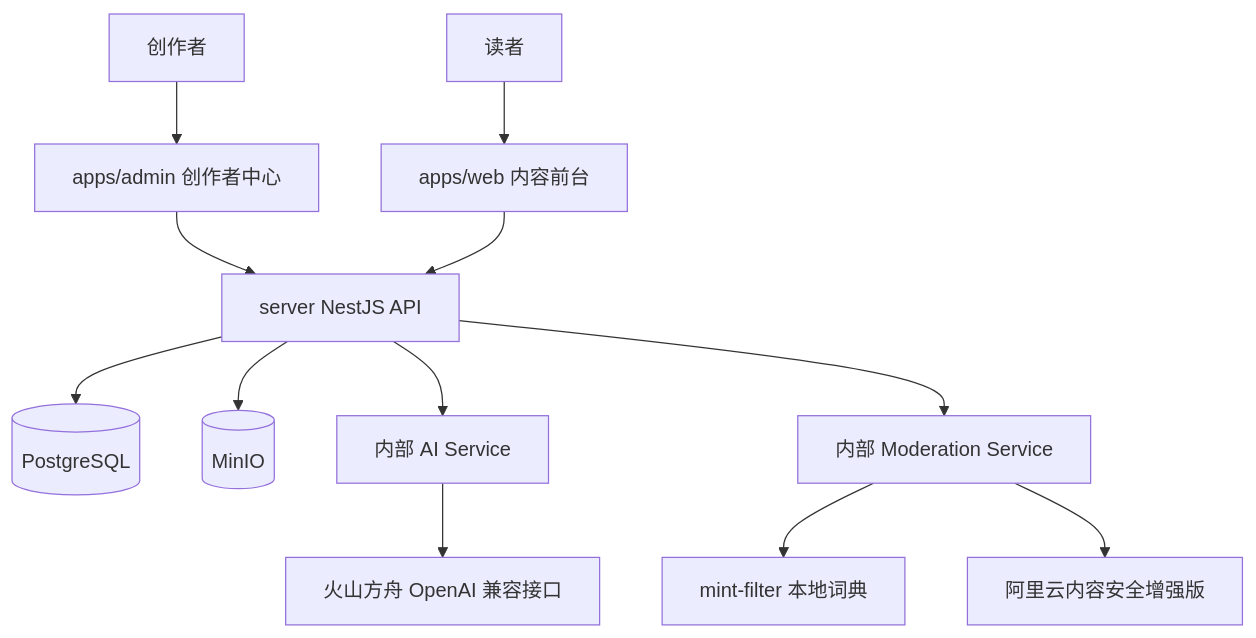
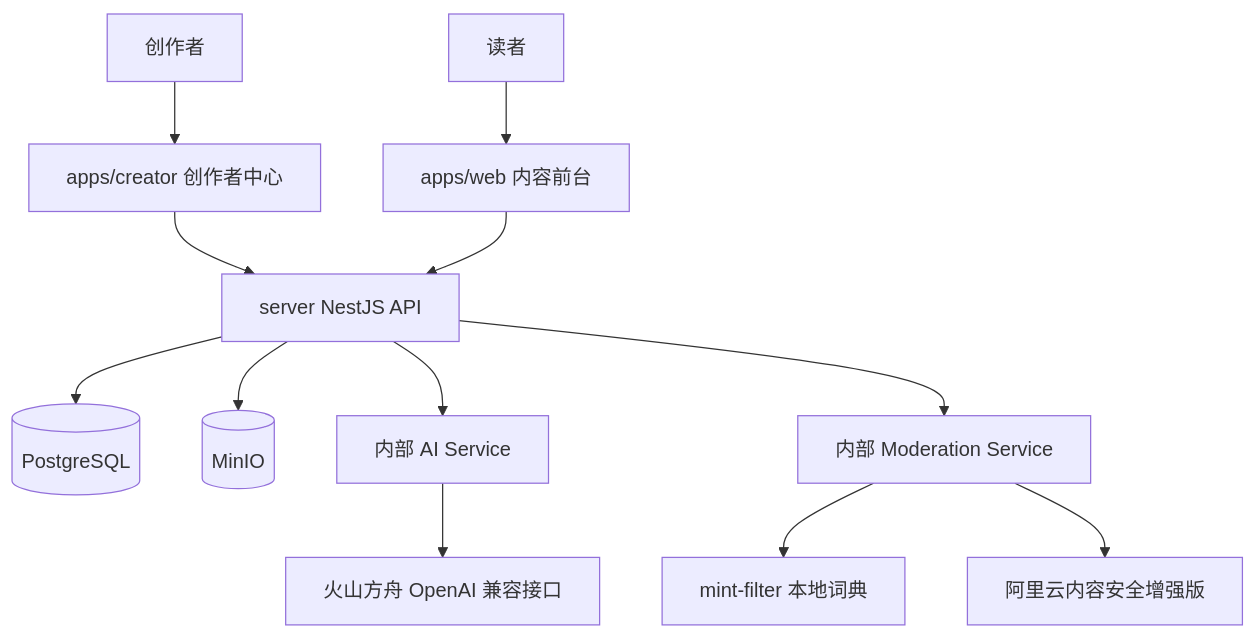
One commit to 8023time/xingliu changed the first of 2 diagrams in docs/10-技术-项目技术文档.md. Above: the diagram before and after it, drawn with Mermaid. The commit also changed other lines of this file and 106 other files, not shown here.

````diff
--- a/docs/10-技术-项目技术文档.md
+++ b/docs/10-技术-项目技术文档.md
@@ -7,14 +7,14 @@
 ```mermaid
 flowchart TB
-  Creator[创作者] --> Admin[apps/admin 创作者中心]
+  Creator[创作者] --> CreatorApp[apps/creator 创作者中心]
   Reader[读者] --> Web[apps/web 内容前台]
-  Admin --> API[server NestJS API]
+  CreatorApp --> API[server NestJS API]
   Web --> API
   API --> DB[(PostgreSQL)]
   API --> MinIO[(MinIO)]
   API --> AiService[内部 AI Service]
   API --> Moderation[内部 Moderation Service]
   AiService --> Ark[火山方舟 OpenAI 兼容接口]
   Moderation --> MintFilter[mint-filter 本地词典]
   Moderation --> Aliyun[阿里云内容安全增强版]
 ```
````
